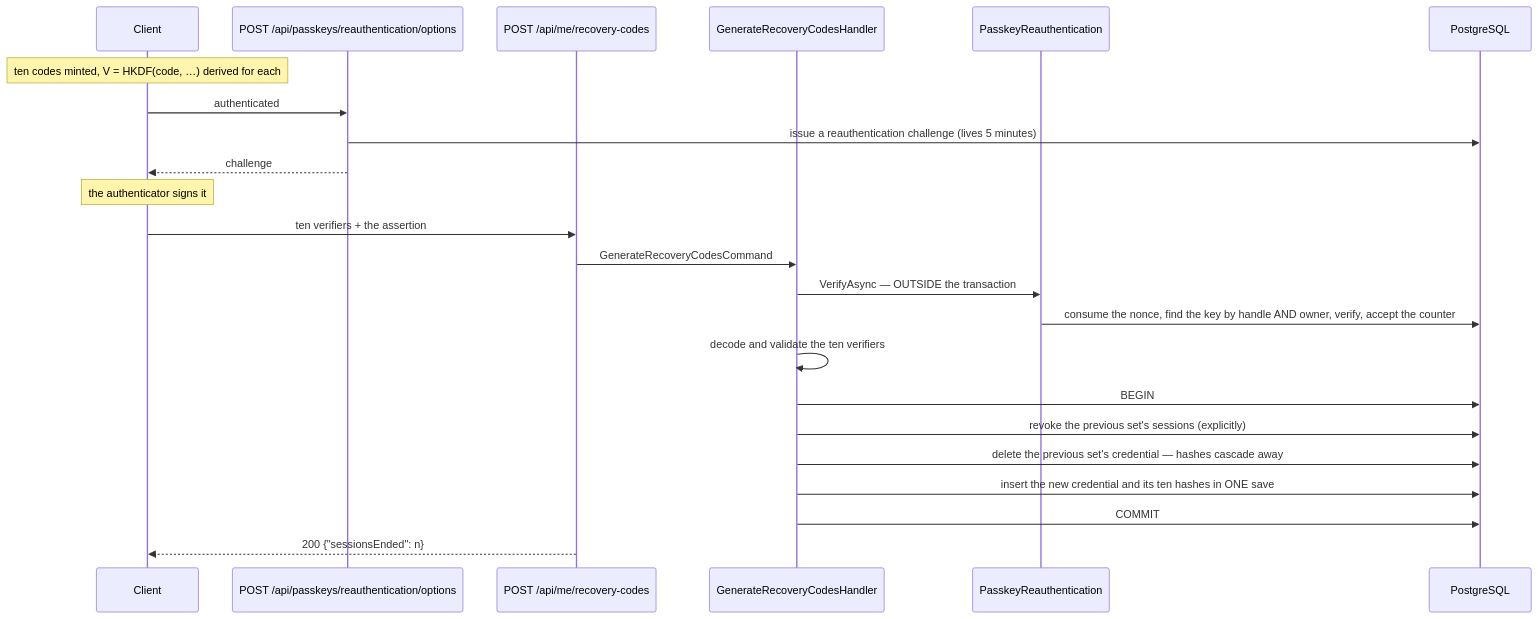
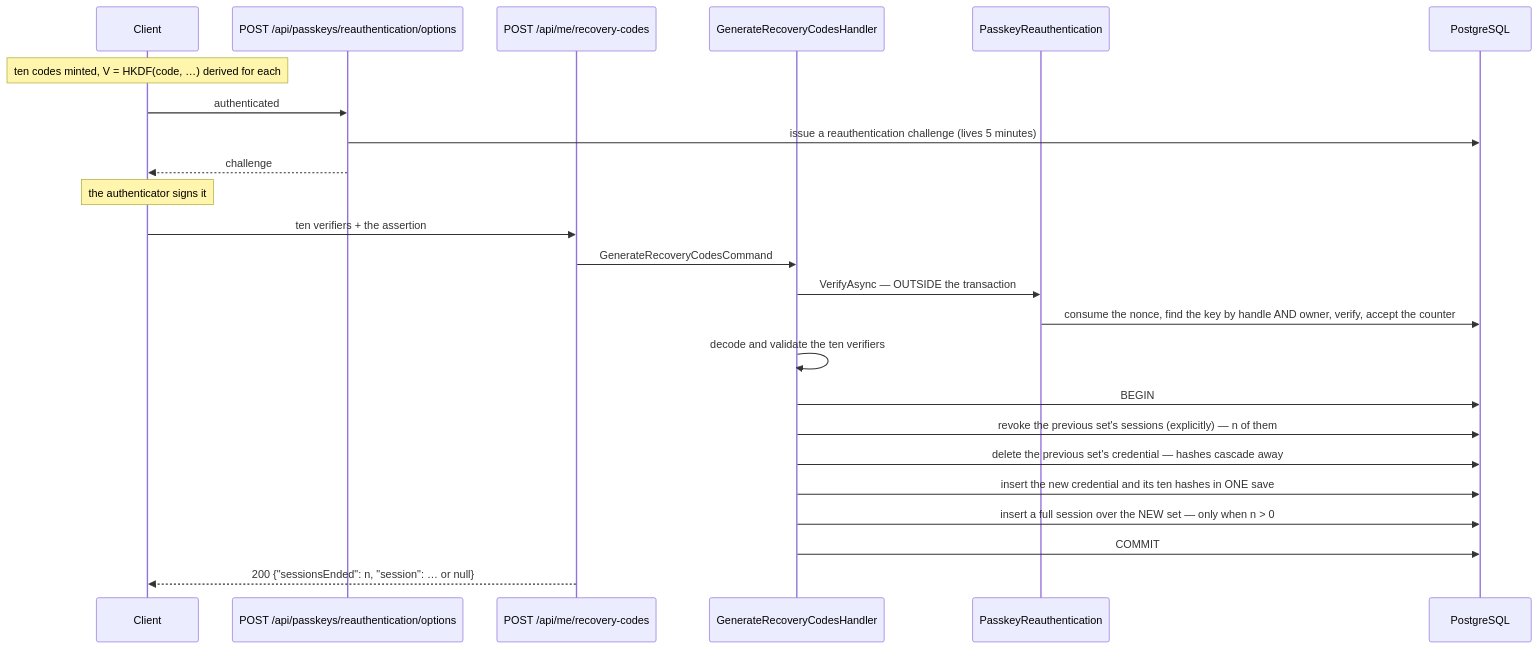
Before and after one commit to anton-kochev/budgetoid: the third of 4 diagrams in docs/business-logic/recovery-codes.md, drawn with Mermaid. The commit also changed other lines of this file and 11 other files, not shown here.

````diff
--- a/docs/business-logic/recovery-codes.md
+++ b/docs/business-logic/recovery-codes.md
@@ -565,26 +640,27 @@
 ```mermaid
 sequenceDiagram
     participant C as Client
     participant O as POST /api/passkeys/reauthentication/options
     participant A as POST /api/me/recovery-codes
     participant H as GenerateRecoveryCodesHandler
     participant G as PasskeyReauthentication
     participant D as PostgreSQL
 
     Note over C: ten codes minted, V = HKDF(code, …) derived for each
     C->>O: authenticated
     O->>D: issue a reauthentication challenge (lives 5 minutes)
     O-->>C: challenge
     Note over C: the authenticator signs it
     C->>A: ten verifiers + the assertion
     A->>H: GenerateRecoveryCodesCommand
     H->>G: VerifyAsync — OUTSIDE the transaction
     G->>D: consume the nonce, find the key by handle AND owner, verify, accept the counter
     H->>H: decode and validate the ten verifiers
     H->>D: BEGIN
-    H->>D: revoke the previous set's sessions (explicitly)
+    H->>D: revoke the previous set's sessions (explicitly) — n of them
     H->>D: delete the previous set's credential — hashes cascade away
     H->>D: insert the new credential and its ten hashes in ONE save
+    H->>D: insert a full session over the NEW set — only when n > 0
     H->>D: COMMIT
-    A-->>C: 200 {"sessionsEnded": n}
+    A-->>C: 200 {"sessionsEnded": n, "session": … or null}
 ```
````
